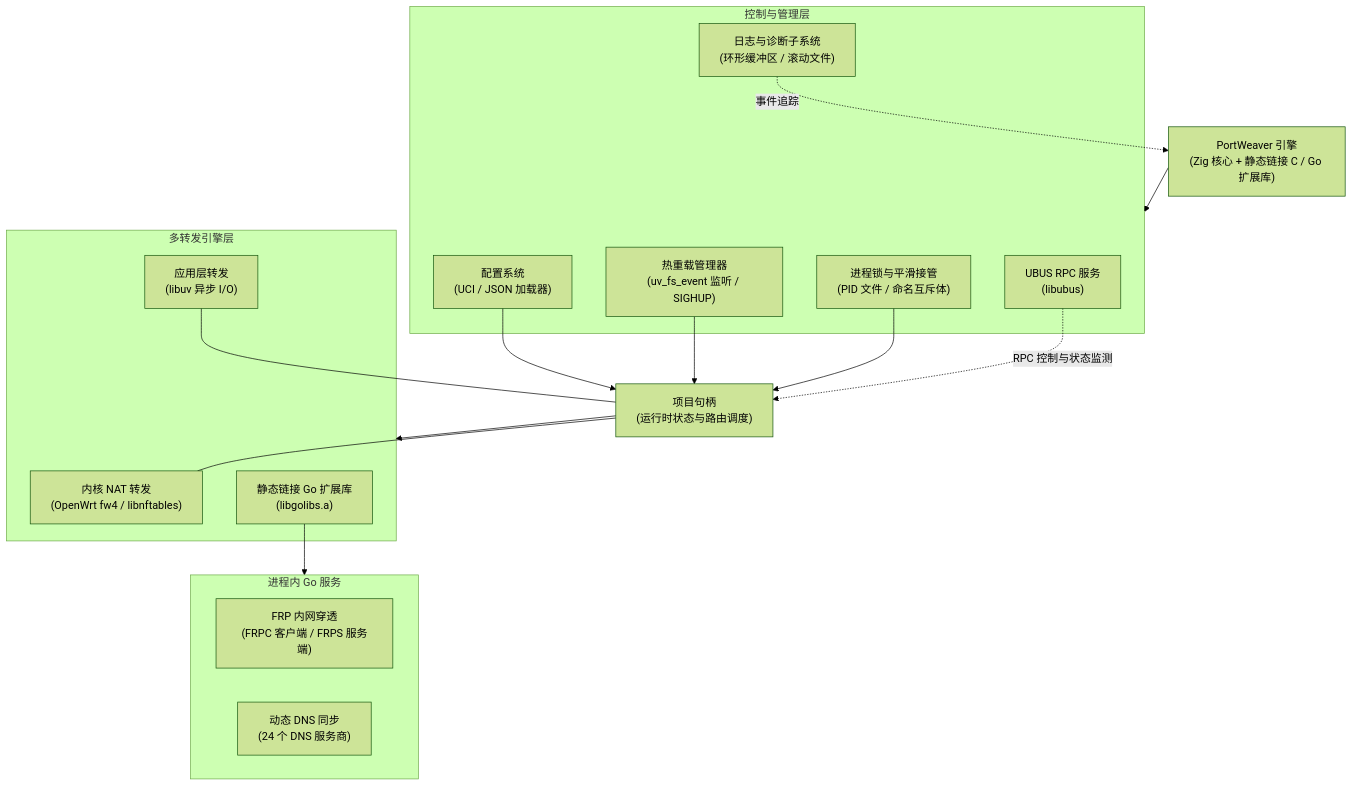
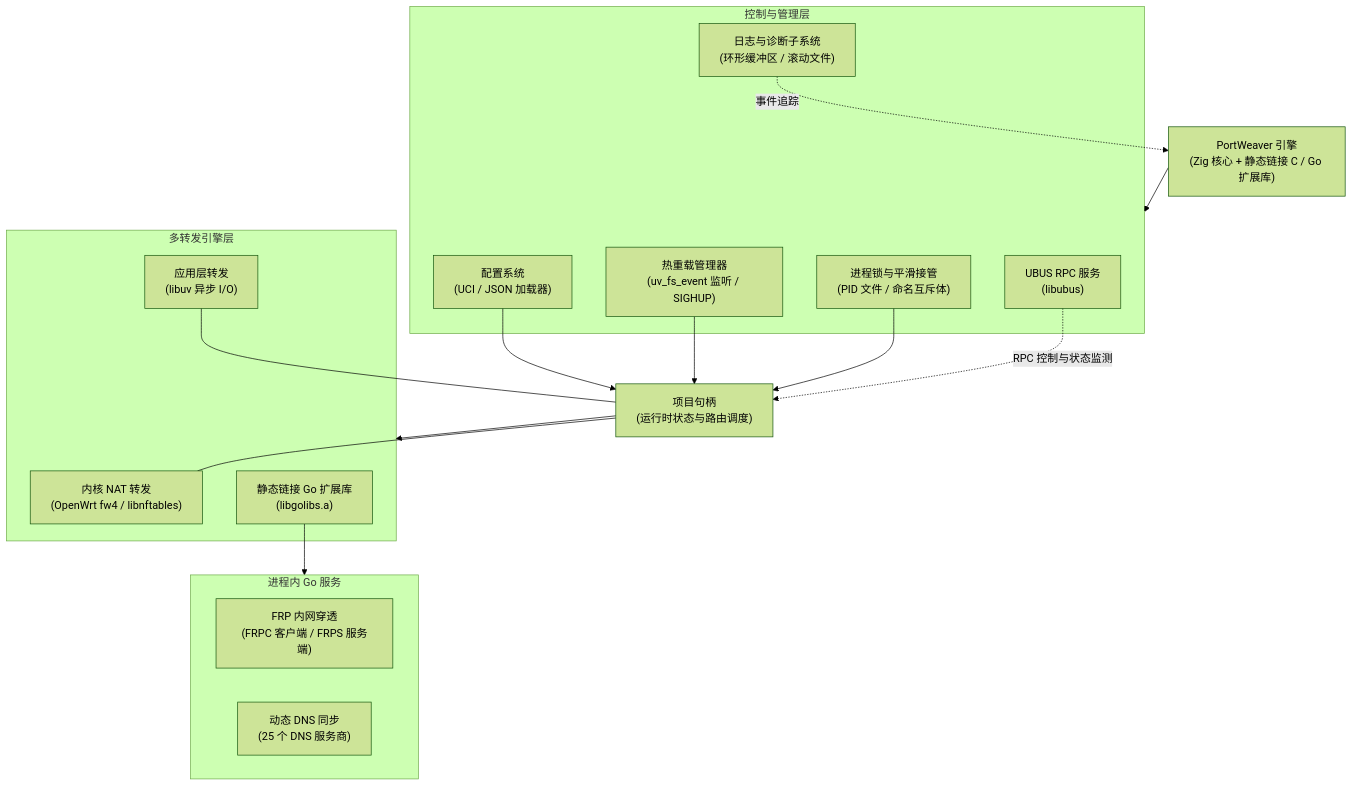
The diagram in README_zh.md (LazuliKao/portweaver), drawn with Mermaid (forest theme) before and after one commit. The commit also changed other lines of this file and 6 other files, not shown here.

````diff
--- a/README_zh.md
+++ b/README_zh.md
@@ -109,36 +109,36 @@
 ```mermaid
 graph TD
     Engine["PortWeaver 引擎<br/>(Zig 核心 + 静态链接 C / Go 扩展库)"]
 
     subgraph Core["控制与管理层"]
         Config["配置系统<br/>(UCI / JSON 加载器)"]
         Reload["热重载管理器<br/>(uv_fs_event 监听 / SIGHUP)"]
         Lock["进程锁与平滑接管<br/>(PID 文件 / 命名互斥体)"]
         UBUS["UBUS RPC 服务<br/>(libubus)"]
         Log["日志与诊断子系统<br/>(环形缓冲区 / 滚动文件)"]
     end
 
     Project["项目句柄<br/>(运行时状态与路由调度)"]
 
     subgraph Forwarding["多转发引擎层"]
         KernelNAT["内核 NAT 转发<br/>(OpenWrt fw4 / libnftables)"]
         AppForward["应用层转发<br/>(libuv 异步 I/O)"]
         GoLibs["静态链接 Go 扩展库<br/>(libgolibs.a)"]
     end
 
     subgraph GoServices["进程内 Go 服务"]
         FRP["FRP 内网穿透<br/>(FRPC 客户端 / FRPS 服务端)"]
-        DDNS["动态 DNS 同步<br/>(24 个 DNS 服务商)"]
+        DDNS["动态 DNS 同步<br/>(25 个 DNS 服务商)"]
     end
 
     Engine --> Core
     Config --> Project
     Reload --> Project
     Lock --> Project
     Project --> Forwarding
     KernelNAT --- Project
     AppForward --- Project
     GoLibs --> GoServices
     UBUS -.->|"RPC 控制与状态监测"| Project
     Log -.->|"事件追踪"| Engine
 ```
````
